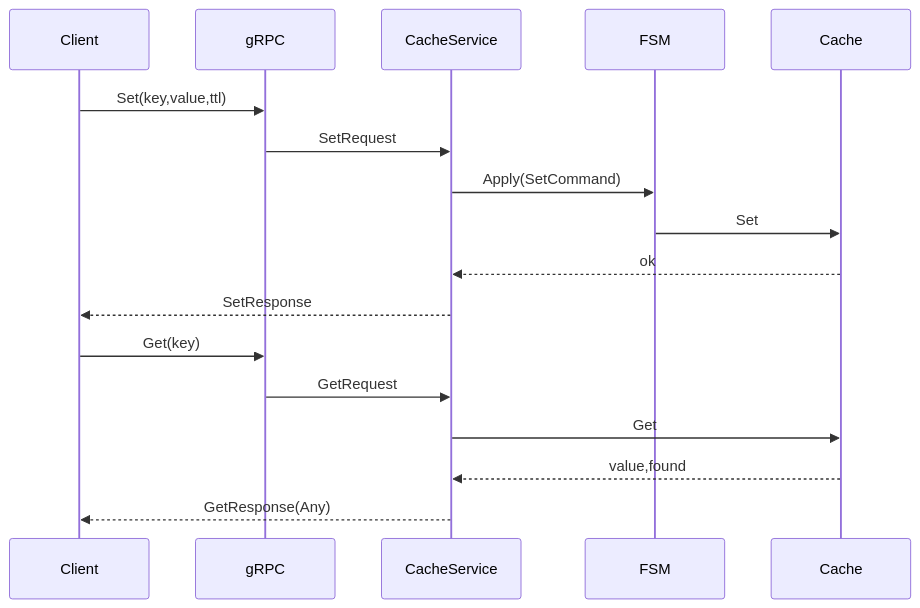
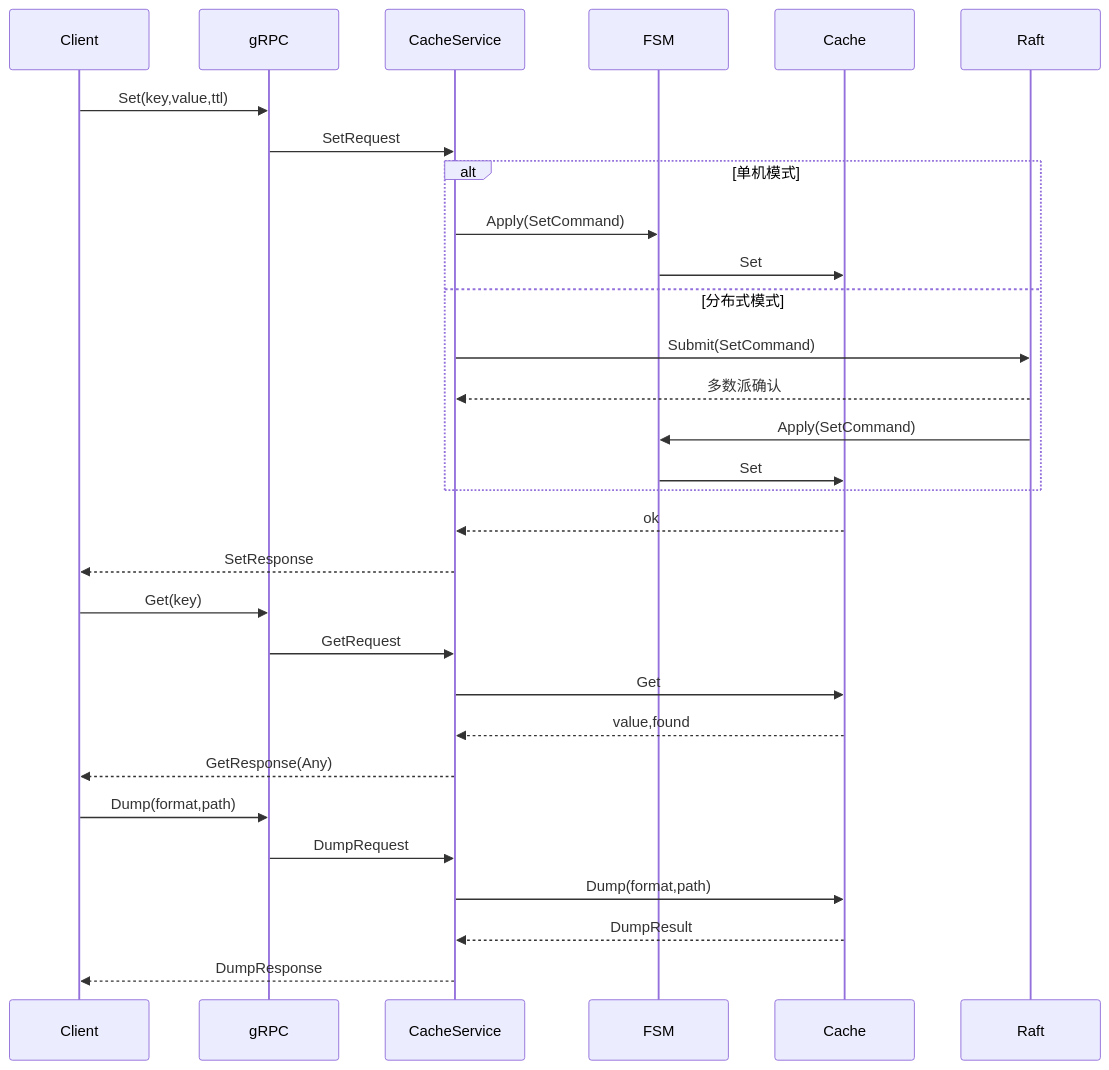
The second of 2 diagrams in docs/architecture.md (lushenle/simple-cache), drawn with Mermaid before and after one commit. The commit also changed other lines of this file and 25 other files, not shown here.

````diff
--- a/docs/architecture.md
+++ b/docs/architecture.md
@@ -35,21 +49,34 @@
 ```mermaid
 sequenceDiagram
   participant Client
   participant gRPC
   participant CacheService
   participant FSM
   participant Cache
 
   Client->>gRPC: Set(key,value,ttl)
   gRPC->>CacheService: SetRequest
-  CacheService->>FSM: Apply(SetCommand)
-  FSM->>Cache: Set
+  alt 单机模式
+    CacheService->>FSM: Apply(SetCommand)
+    FSM->>Cache: Set
+  else 分布式模式
+    CacheService->>Raft: Submit(SetCommand)
+    Raft-->>CacheService: 多数派确认
+    Raft->>FSM: Apply(SetCommand)
+    FSM->>Cache: Set
+  end
   Cache-->>CacheService: ok
   CacheService-->>Client: SetResponse
 
   Client->>gRPC: Get(key)
   gRPC->>CacheService: GetRequest
   CacheService->>Cache: Get
   Cache-->>CacheService: value,found
   CacheService-->>Client: GetResponse(Any)
+
+  Client->>gRPC: Dump(format,path)
+  gRPC->>CacheService: DumpRequest
+  CacheService->>Cache: Dump(format,path)
+  Cache-->>CacheService: DumpResult
+  CacheService-->>Client: DumpResponse
 ```
````
